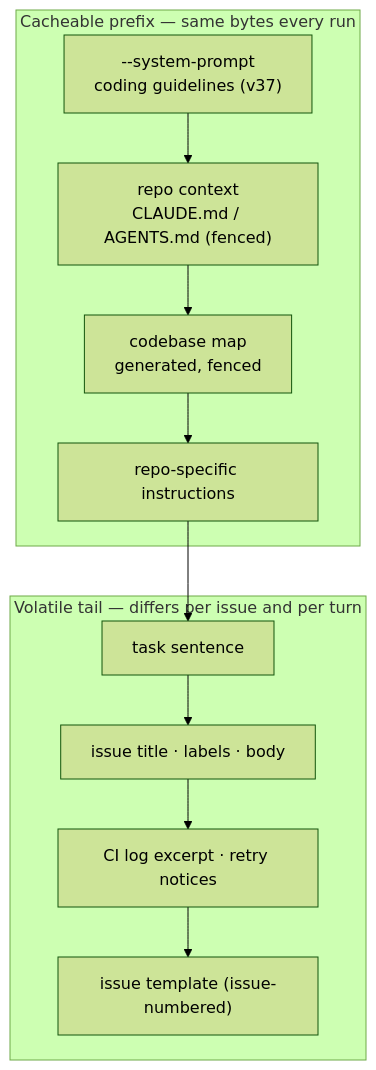
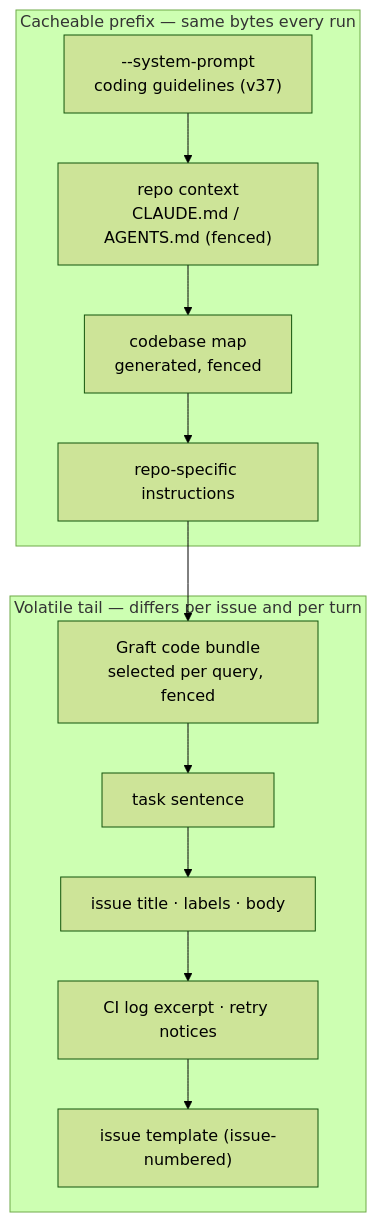
The tenth of 13 diagrams in docs/MODEL-AND-CACHING.md (stSoftwareAU/VibeCoder), drawn with Mermaid (forest theme) before and after one commit. The commit also changed other lines of this file and 1 other file, not shown here.

Commit message:
Factor the Graft context rendering into one helper; document the tail (Issue #2101)
Standards review flagged four byte-identical render blocks and a five-times
repeated field docstring. Both collapse: buildContextDocuments() renders and
joins the pair once, and the four non-issue interfaces point at the full
IssuePromptOptions doc.

MODEL-AND-CACHING.md's stable-prefix diagram and its "deliberately not
stable" list now name the bundle, which is the surface this change adds to
the volatile tail.

Vibe-Coder-Run-Id: vibe-mu3y4487-3773e9

````diff
--- a/docs/MODEL-AND-CACHING.md
+++ b/docs/MODEL-AND-CACHING.md
@@ -1787,16 +1787,17 @@
 ```mermaid
 flowchart TD
     subgraph Stable["Cacheable prefix — same bytes every run"]
         A["--system-prompt<br/>coding guidelines (v37)"]
         B["repo context<br/>CLAUDE.md / AGENTS.md (fenced)"]
         C["codebase map<br/>generated, fenced"]
         D["repo-specific instructions"]
     end
     subgraph Volatile["Volatile tail — differs per issue and per turn"]
-        E["task sentence"]
-        F["issue title · labels · body"]
-        G["CI log excerpt · retry notices"]
-        H["issue template (issue-numbered)"]
+        E["Graft code bundle<br/>selected per query, fenced"]
+        F["task sentence"]
+        G["issue title · labels · body"]
+        H["CI log excerpt · retry notices"]
+        I["issue template (issue-numbered)"]
     end
-    A --> B --> C --> D --> E --> F --> G --> H
+    A --> B --> C --> D --> E --> F --> G --> H --> I
 ```
````
